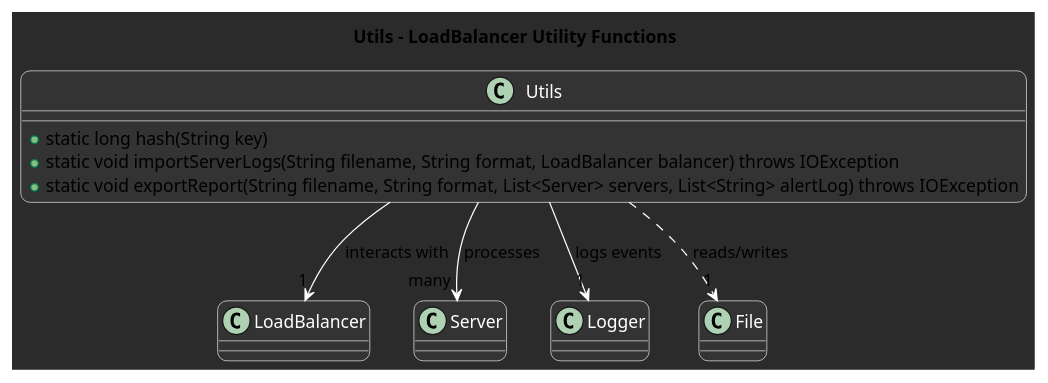
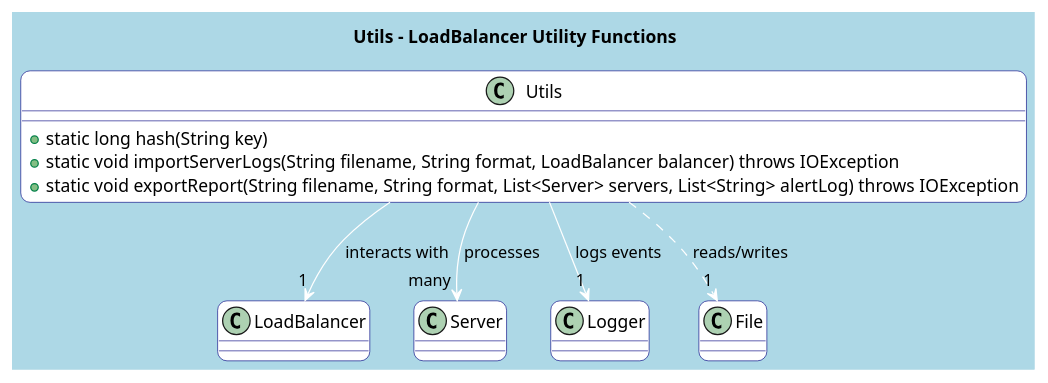
One commit to RicheyWorks/LoadBalancerPro changed the diagram in doc/utils.puml. Above: the diagram before and after it, drawn with PlantUML. The commit also changed 24 other files, not shown here.

```diff
--- a/doc/utils.puml
+++ b/doc/utils.puml
@@ -1,27 +1,28 @@
 @startuml utils
 
-skinparam backgroundColor #2B2B2B
-skinparam classBackgroundColor #333333
-skinparam classBorderColor #FFFFFF
-skinparam classFontColor #FFFFFF
-skinparam classFontSize 14
-skinparam arrowColor #FFFFFF
-skinparam roundcorner 15
-skinparam shadowing false
+
+skinparam backgroundColor #ADD8E6  
+skinparam classBackgroundColor #FFFFFF  
+skinparam classBorderColor #000080  
+skinparam classFontColor #000000  
+skinparam classFontSize 14  
+skinparam arrowColor #FFFFFF  
+skinparam roundcorner 15  
+skinparam shadowing false  
 
 class Utils {
     + static long hash(String key)
     + static void importServerLogs(String filename, String format, LoadBalancer balancer) throws IOException
     + static void exportReport(String filename, String format, List<Server> servers, List<String> alertLog) throws IOException
 }
 
 Utils --> "1" LoadBalancer : interacts with
 Utils --> "many" Server : processes
 
 Utils --> "1" Logger : logs events
 
 Utils ..> "1" File : reads/writes
 
 title Utils - LoadBalancer Utility Functions
 
 @enduml
```
